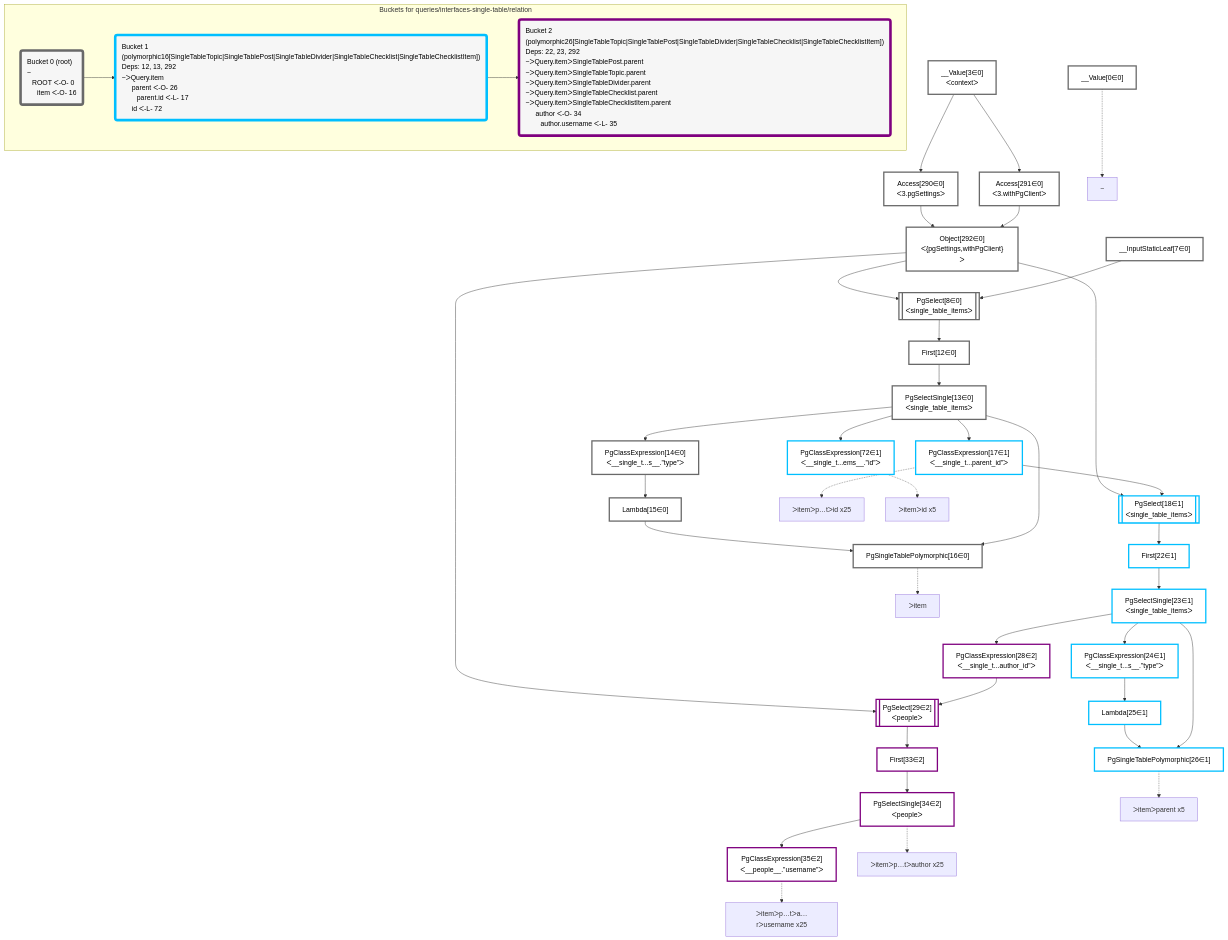
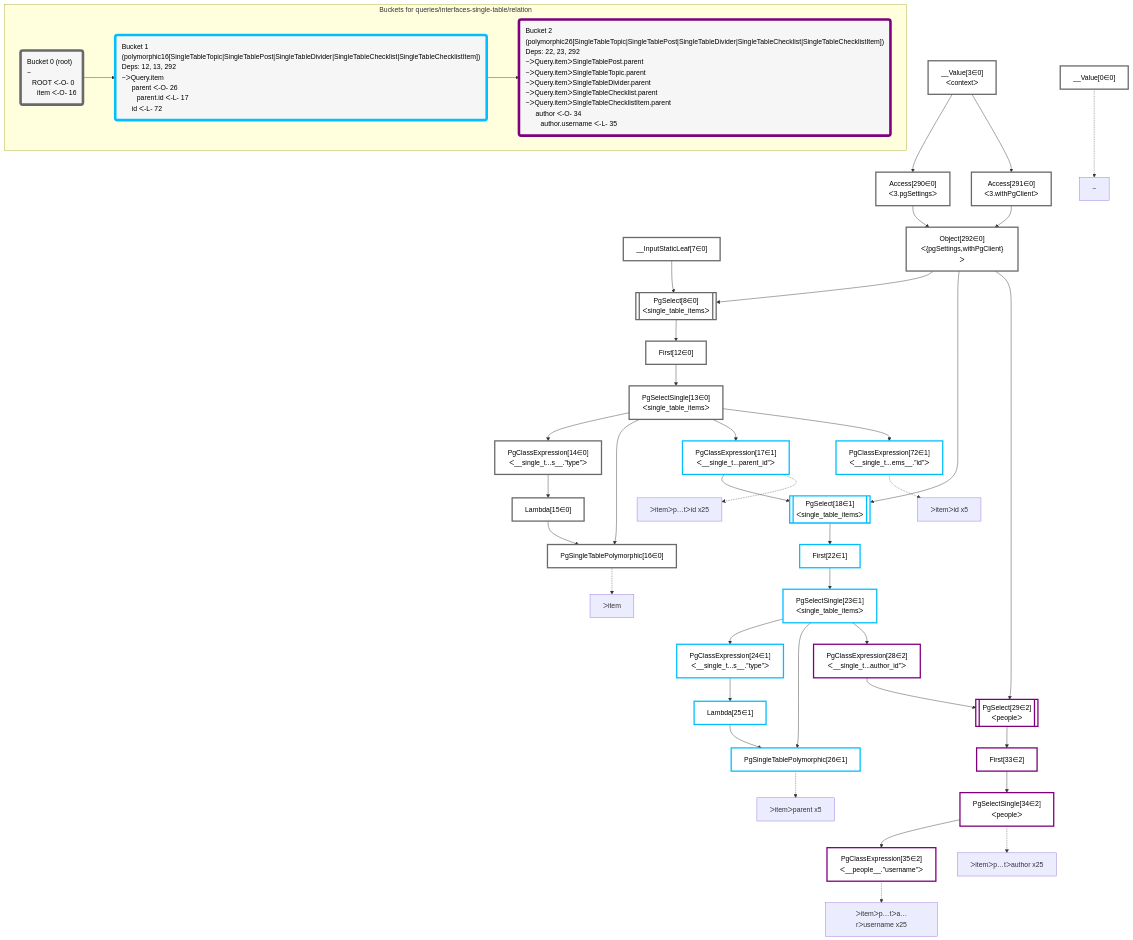
Before and after one commit to graphile/crystal: the diagram in packages/dataplan-pg/__tests__/queries/interfaces-single-table/relation.deopt.mermaid.md, drawn with Mermaid. The commit also changed other lines of this file and 195 other files, not shown here.

Commit message:
Reorder graphs

```diff
--- a/packages/dataplan-pg/__tests__/queries/interfaces-single-table/relation.deopt.mermaid.md
+++ b/packages/dataplan-pg/__tests__/queries/interfaces-single-table/relation.deopt.mermaid.md
@@ -9,54 +9,54 @@
 
     %% define plans
     __Value0["__Value[0∈0]"]:::plan
-    PgSingleTablePolymorphic16["PgSingleTablePolymorphic[16∈0]"]:::plan
-    Lambda15["Lambda[15∈0]"]:::plan
-    PgClassExpression14["PgClassExpression[14∈0]<br />ᐸ__single_t...s__.”type”ᐳ"]:::plan
-    PgSingleTablePolymorphic26["PgSingleTablePolymorphic[26∈1]"]:::plan
-    Lambda25["Lambda[25∈1]"]:::plan
-    PgClassExpression24["PgClassExpression[24∈1]<br />ᐸ__single_t...s__.”type”ᐳ"]:::plan
-    PgClassExpression35["PgClassExpression[35∈2]<br />ᐸ__people__.”username”ᐳ"]:::plan
-    PgSelectSingle34["PgSelectSingle[34∈2]<br />ᐸpeopleᐳ"]:::plan
-    First33["First[33∈2]"]:::plan
-    PgSelect29[["PgSelect[29∈2]<br />ᐸpeopleᐳ"]]:::plan
-    PgClassExpression28["PgClassExpression[28∈2]<br />ᐸ__single_t...author_id”ᐳ"]:::plan
-    PgSelectSingle23["PgSelectSingle[23∈1]<br />ᐸsingle_table_itemsᐳ"]:::plan
-    First22["First[22∈1]"]:::plan
-    PgSelect18[["PgSelect[18∈1]<br />ᐸsingle_table_itemsᐳ"]]:::plan
-    PgClassExpression17["PgClassExpression[17∈1]<br />ᐸ__single_t...parent_id”ᐳ"]:::plan
-    PgClassExpression72["PgClassExpression[72∈1]<br />ᐸ__single_t...ems__.”id”ᐳ"]:::plan
-    PgSelectSingle13["PgSelectSingle[13∈0]<br />ᐸsingle_table_itemsᐳ"]:::plan
-    First12["First[12∈0]"]:::plan
-    PgSelect8[["PgSelect[8∈0]<br />ᐸsingle_table_itemsᐳ"]]:::plan
-    Object292["Object[292∈0]<br />ᐸ{pgSettings,withPgClient}ᐳ"]:::plan
+    __Value3["__Value[3∈0]<br />ᐸcontextᐳ"]:::plan
+    __InputStaticLeaf7["__InputStaticLeaf[7∈0]"]:::plan
     Access290["Access[290∈0]<br />ᐸ3.pgSettingsᐳ"]:::plan
     Access291["Access[291∈0]<br />ᐸ3.withPgClientᐳ"]:::plan
-    __Value3["__Value[3∈0]<br />ᐸcontextᐳ"]:::plan
-    __InputStaticLeaf7["__InputStaticLeaf[7∈0]"]:::plan
+    Object292["Object[292∈0]<br />ᐸ{pgSettings,withPgClient}ᐳ"]:::plan
+    PgSelect8[["PgSelect[8∈0]<br />ᐸsingle_table_itemsᐳ"]]:::plan
+    First12["First[12∈0]"]:::plan
+    PgSelectSingle13["PgSelectSingle[13∈0]<br />ᐸsingle_table_itemsᐳ"]:::plan
+    PgClassExpression14["PgClassExpression[14∈0]<br />ᐸ__single_t...s__.”type”ᐳ"]:::plan
+    Lambda15["Lambda[15∈0]"]:::plan
+    PgSingleTablePolymorphic16["PgSingleTablePolymorphic[16∈0]"]:::plan
+    PgClassExpression17["PgClassExpression[17∈1]<br />ᐸ__single_t...parent_id”ᐳ"]:::plan
+    PgSelect18[["PgSelect[18∈1]<br />ᐸsingle_table_itemsᐳ"]]:::plan
+    First22["First[22∈1]"]:::plan
+    PgSelectSingle23["PgSelectSingle[23∈1]<br />ᐸsingle_table_itemsᐳ"]:::plan
+    PgClassExpression24["PgClassExpression[24∈1]<br />ᐸ__single_t...s__.”type”ᐳ"]:::plan
+    Lambda25["Lambda[25∈1]"]:::plan
+    PgSingleTablePolymorphic26["PgSingleTablePolymorphic[26∈1]"]:::plan
+    PgClassExpression28["PgClassExpression[28∈2]<br />ᐸ__single_t...author_id”ᐳ"]:::plan
+    PgSelect29[["PgSelect[29∈2]<br />ᐸpeopleᐳ"]]:::plan
+    First33["First[33∈2]"]:::plan
+    PgSelectSingle34["PgSelectSingle[34∈2]<br />ᐸpeopleᐳ"]:::plan
+    PgClassExpression35["PgClassExpression[35∈2]<br />ᐸ__people__.”username”ᐳ"]:::plan
+    PgClassExpression72["PgClassExpression[72∈1]<br />ᐸ__single_t...ems__.”id”ᐳ"]:::plan
 
     %% plan dependencies
-    Lambda15 & PgSelectSingle13 --> PgSingleTablePolymorphic16
-    PgClassExpression14 --> Lambda15
-    PgSelectSingle13 --> PgClassExpression14
-    Lambda25 & PgSelectSingle23 --> PgSingleTablePolymorphic26
-    PgClassExpression24 --> Lambda25
-    PgSelectSingle23 --> PgClassExpression24
-    PgSelectSingle34 --> PgClassExpression35
-    First33 --> PgSelectSingle34
-    PgSelect29 --> First33
-    Object292 & PgClassExpression28 --> PgSelect29
-    PgSelectSingle23 --> PgClassExpression28
-    First22 --> PgSelectSingle23
-    PgSelect18 --> First22
-    Object292 & PgClassExpression17 --> PgSelect18
-    PgSelectSingle13 --> PgClassExpression17
-    PgSelectSingle13 --> PgClassExpression72
-    First12 --> PgSelectSingle13
-    PgSelect8 --> First12
-    Object292 & __InputStaticLeaf7 --> PgSelect8
-    Access290 & Access291 --> Object292
     __Value3 --> Access290
     __Value3 --> Access291
+    Access290 & Access291 --> Object292
+    Object292 & __InputStaticLeaf7 --> PgSelect8
+    PgSelect8 --> First12
+    First12 --> PgSelectSingle13
+    PgSelectSingle13 --> PgClassExpression14
+    PgClassExpression14 --> Lambda15
+    Lambda15 & PgSelectSingle13 --> PgSingleTablePolymorphic16
+    PgSelectSingle13 --> PgClassExpression17
+    Object292 & PgClassExpression17 --> PgSelect18
+    PgSelect18 --> First22
+    First22 --> PgSelectSingle23
+    PgSelectSingle23 --> PgClassExpression24
+    PgClassExpression24 --> Lambda25
+    Lambda25 & PgSelectSingle23 --> PgSingleTablePolymorphic26
+    PgSelectSingle23 --> PgClassExpression28
+    Object292 & PgClassExpression28 --> PgSelect29
+    PgSelect29 --> First33
+    First33 --> PgSelectSingle34
+    PgSelectSingle34 --> PgClassExpression35
+    PgSelectSingle13 --> PgClassExpression72
 
     %% plan-to-path relationships
     P0["~"]
```
